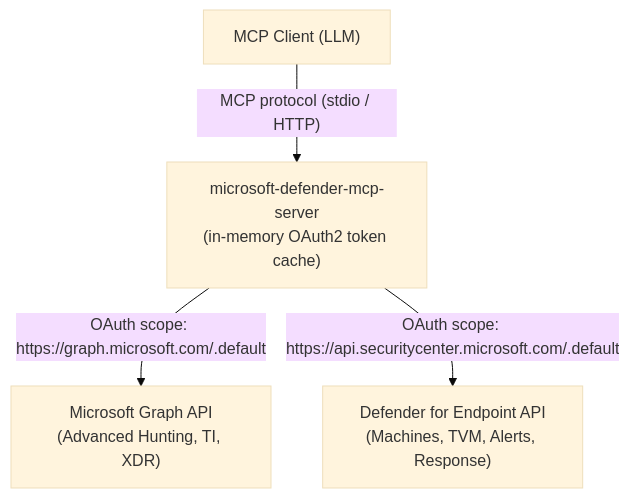
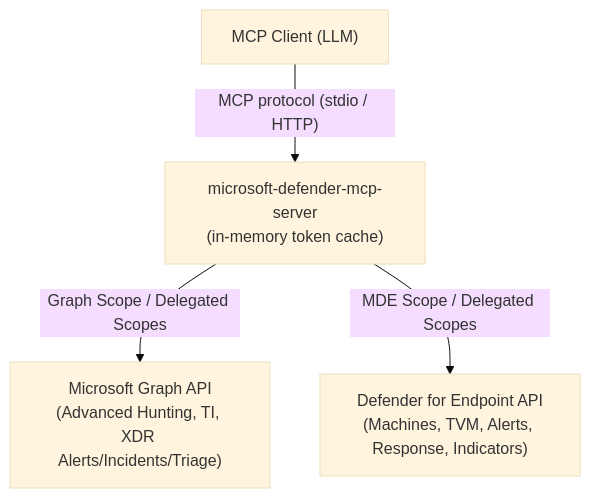
One commit to bitbytelabio/microsoft-defender-mcp changed the diagram in README.md. Above: the diagram before and after it, drawn with Mermaid (base theme). The commit also changed other lines of this file and 30 other files, not shown here.

````diff
--- a/README.md
+++ b/README.md
@@ -23,11 +26,11 @@
 ```mermaid
 flowchart TD
     Client["MCP Client (LLM)"]
-    Server["microsoft-defender-mcp-server<br/>(in-memory OAuth2 token cache)"]
-    Graph["Microsoft Graph API<br/>(Advanced Hunting, TI, XDR)"]
-    MDE["Defender for Endpoint API<br/>(Machines, TVM, Alerts, Response)"]
+    Server["microsoft-defender-mcp-server<br/>(in-memory token cache)"]
+    Graph["Microsoft Graph API<br/>(Advanced Hunting, TI, XDR Alerts/Incidents/Triage)"]
+    MDE["Defender for Endpoint API<br/>(Machines, TVM, Alerts, Response, Indicators)"]
 
     Client -->|"MCP protocol (stdio / HTTP)"| Server
-    Server -->|"OAuth scope: https://graph.microsoft.com/.default"| Graph
-    Server -->|"OAuth scope: https://api.securitycenter.microsoft.com/.default"| MDE
+    Server -->|"Graph Scope / Delegated Scopes"| Graph
+    Server -->|"MDE Scope / Delegated Scopes"| MDE
 ```
````
